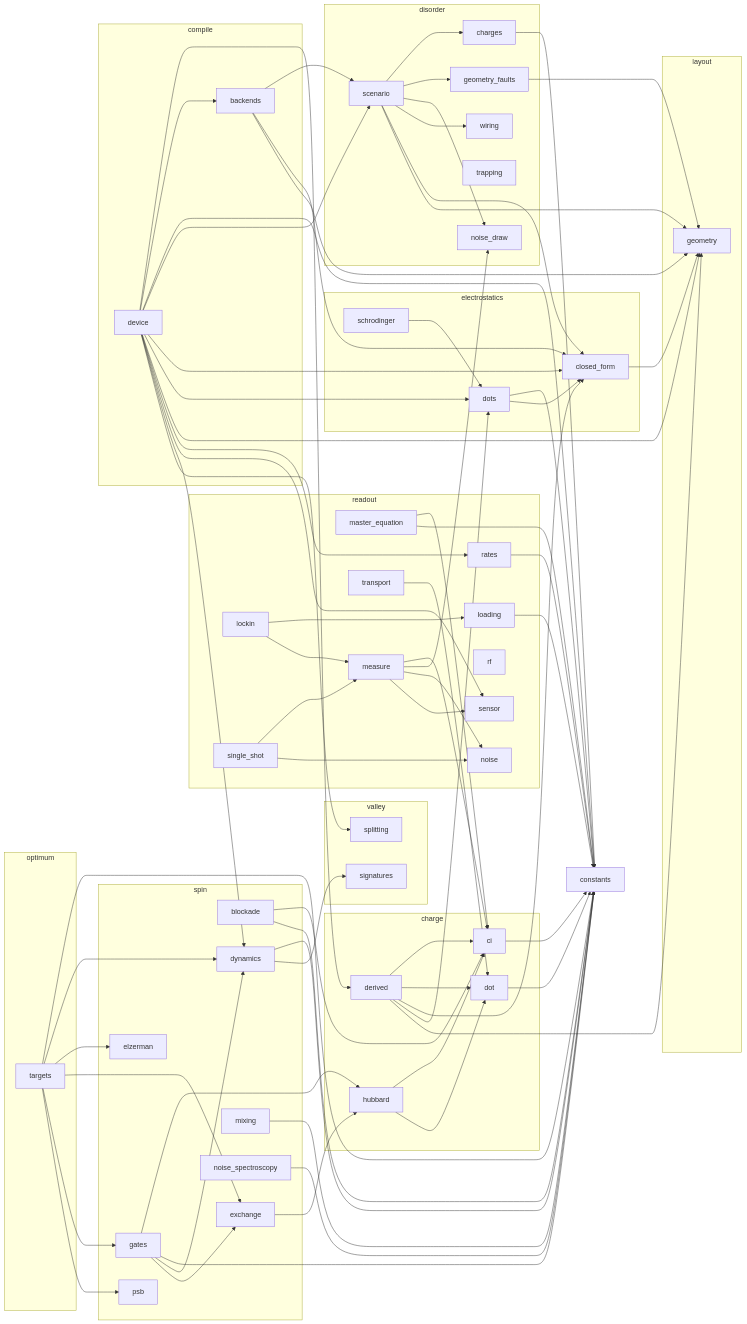
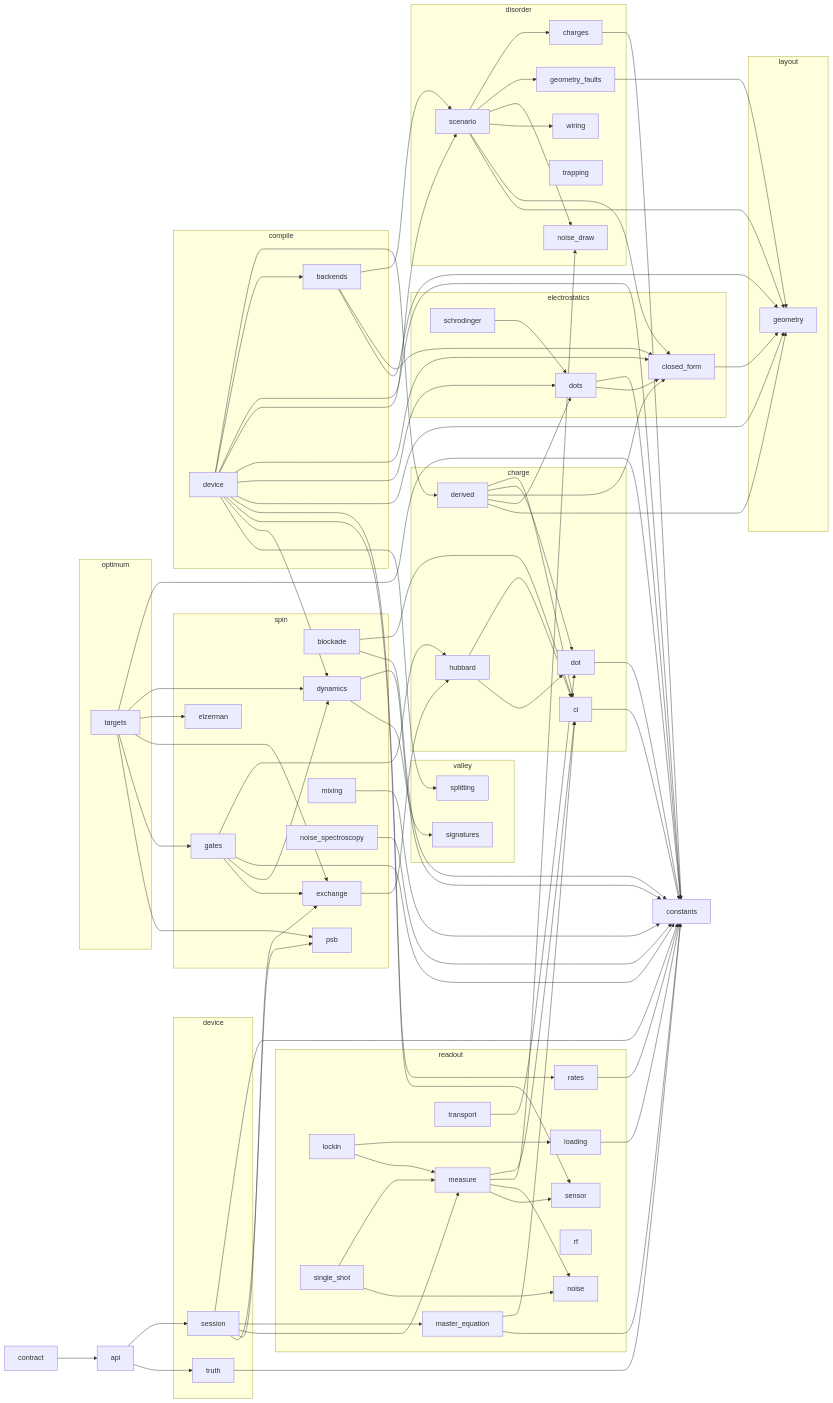
The second of 2 diagrams in docs/MODELS.md (CowboyQuantum/phantom), drawn with Mermaid before and after one commit. The commit also changed other lines of this file and 15 other files, not shown here.

```diff
--- a/docs/MODELS.md
+++ b/docs/MODELS.md
@@ -267,6 +288,10 @@
     spin_noise_spectroscopy["noise_spectroscopy"]
     spin_psb["psb"]
   end
+  subgraph device
+    device_session["session"]
+    device_truth["truth"]
+  end
   subgraph optimum
     optimum_targets["targets"]
   end
@@ -274,6 +299,8 @@
     compile_backends["backends"]
     compile_device["device"]
   end
+  api --> device_session
+  api --> device_truth
   charge_ci --> constants
   charge_derived --> charge_ci
   charge_derived --> charge_dot
@@ -297,6 +324,13 @@
   compile_device --> readout_sensor
   compile_device --> spin_dynamics
   compile_device --> valley_splitting
+  contract --> api
+  device_session --> constants
+  device_session --> readout_master_equation
+  device_session --> readout_measure
+  device_session --> spin_exchange
+  device_session --> spin_psb
+  device_truth --> constants
   disorder_charges --> constants
   disorder_geometry_faults --> layout_geometry
   disorder_scenario --> disorder_charges
```
